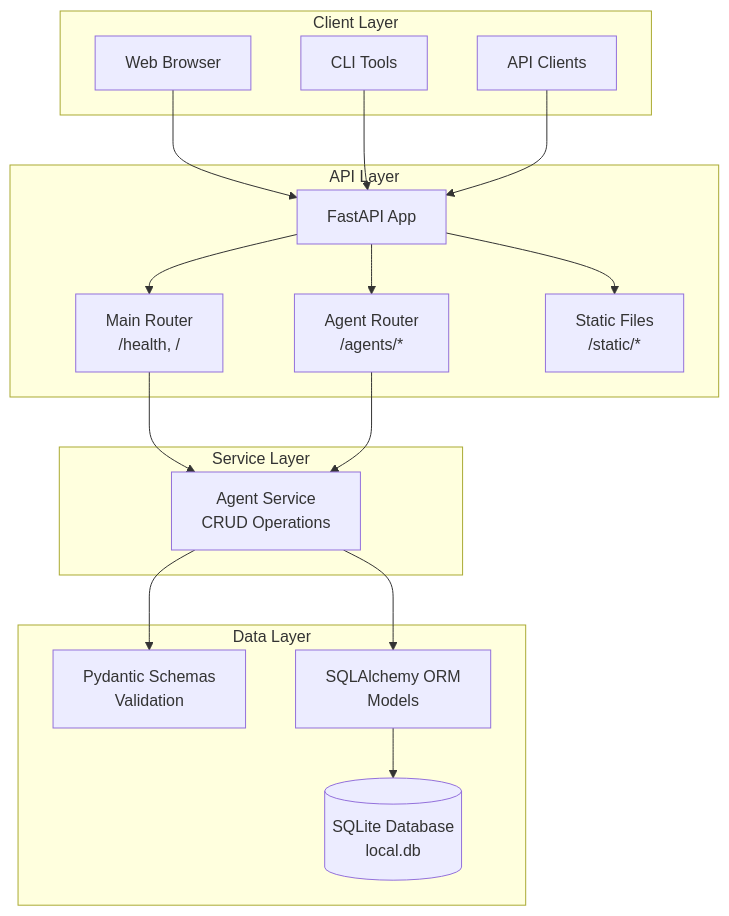
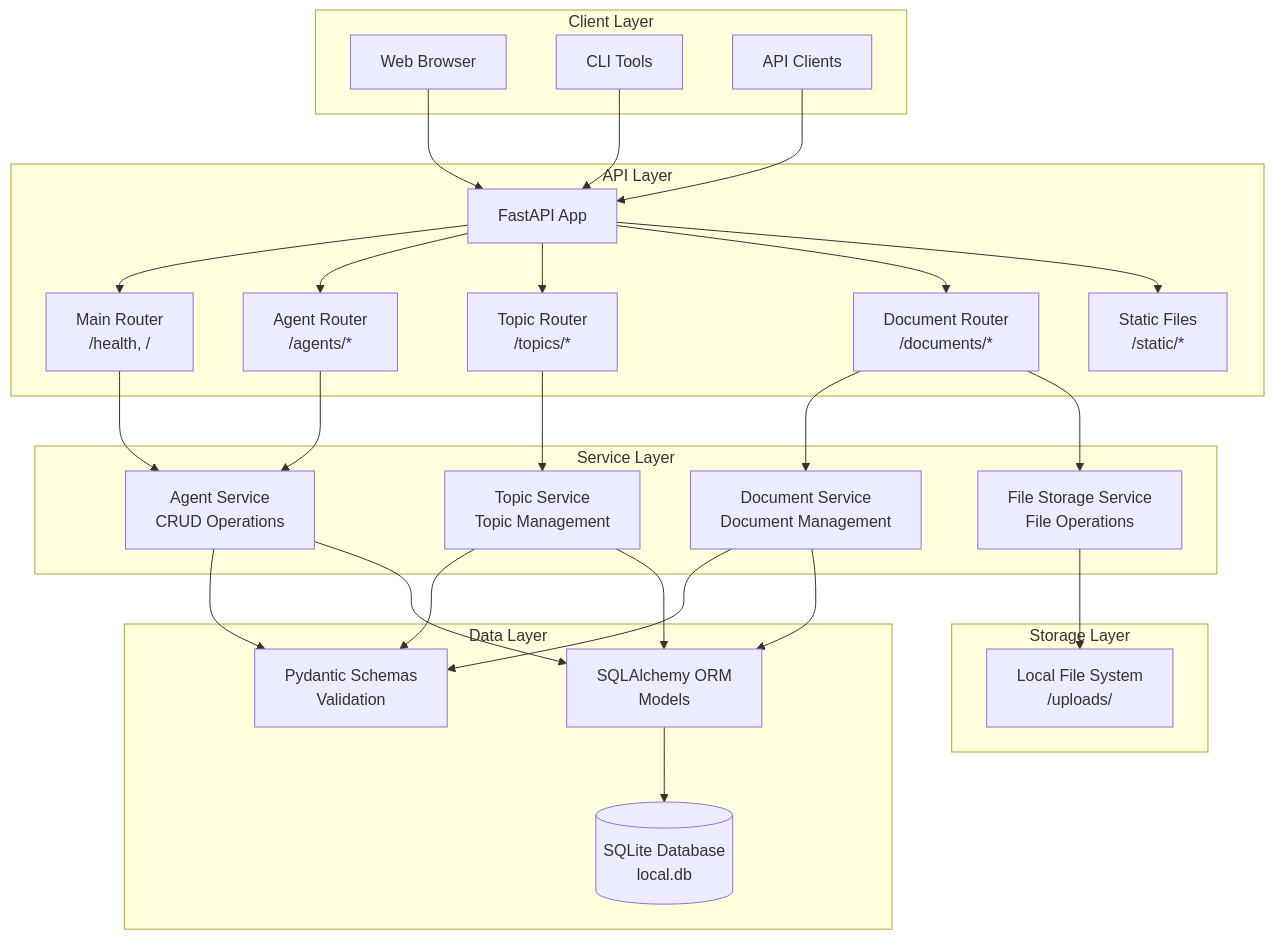
The first of 2 diagrams in docs/reference/06_api_server_architecture.md (aitomatic/dana), drawn with Mermaid before and after one commit. The commit also changed other lines of this file and 105 other files, not shown here.

Commit message:
feat: Agent, topic management

````diff
--- a/docs/reference/06_api_server_architecture.md
+++ b/docs/reference/06_api_server_architecture.md
@@ -61,41 +73,60 @@
 ```mermaid
 graph TB
     subgraph "Client Layer"
         Web[Web Browser]
         CLI[CLI Tools]
         API[API Clients]
     end
     
     subgraph "API Layer"
         FastAPI[FastAPI App]
         MainRouter[Main Router<br/>/health, /]
         AgentRouter[Agent Router<br/>/agents/*]
+        TopicRouter[Topic Router<br/>/topics/*]
+        DocRouter[Document Router<br/>/documents/*]
         StaticFiles[Static Files<br/>/static/*]
     end
     
     subgraph "Service Layer"
         AgentService[Agent Service<br/>CRUD Operations]
+        TopicService[Topic Service<br/>Topic Management]
+        DocService[Document Service<br/>Document Management]
+        FileService[File Storage Service<br/>File Operations]
     end
     
     subgraph "Data Layer"
         Pydantic[Pydantic Schemas<br/>Validation]
         SQLAlchemy[SQLAlchemy ORM<br/>Models]
         SQLite[(SQLite Database<br/>local.db)]
     end
     
+    subgraph "Storage Layer"
+        FileSystem[Local File System<br/>/uploads/]
+    end
+    
     Web --> FastAPI
     CLI --> FastAPI
     API --> FastAPI
     
     FastAPI --> MainRouter
     FastAPI --> AgentRouter
+    FastAPI --> TopicRouter
+    FastAPI --> DocRouter
     FastAPI --> StaticFiles
     
     MainRouter --> AgentService
     AgentRouter --> AgentService
+    TopicRouter --> TopicService
+    DocRouter --> DocService
+    DocRouter --> FileService
     
     AgentService --> Pydantic
     AgentService --> SQLAlchemy
+    TopicService --> Pydantic
+    TopicService --> SQLAlchemy
+    DocService --> Pydantic
+    DocService --> SQLAlchemy
+    FileService --> FileSystem
     
     SQLAlchemy --> SQLite
 ```
````
